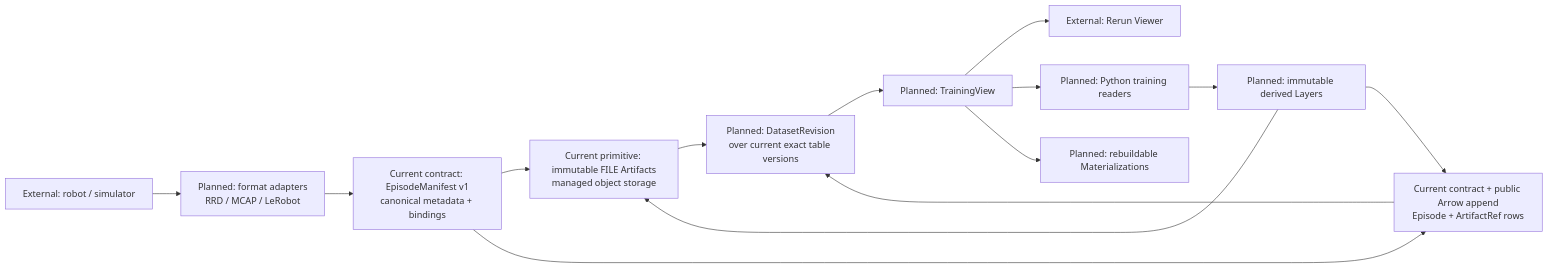
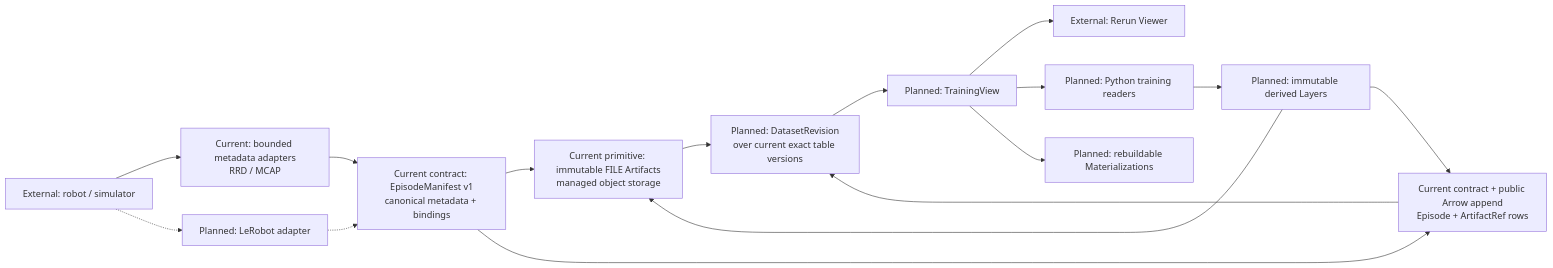
The second of 3 diagrams in docs/architecture.md (rararulab/lake), drawn with Mermaid before and after one commit. The commit also changed other lines of this file and 8 other files, not shown here.

Commit message:
test(adapters): prove dual-format manifest seam (#323)

````diff
--- a/docs/architecture.md
+++ b/docs/architecture.md
@@ -72,16 +75,18 @@
 ```mermaid
 flowchart LR
-    source["External: robot / simulator"] --> adapters["Planned: format adapters\nRRD / MCAP / LeRobot"]
+    source["External: robot / simulator"] --> adapters["Current: bounded metadata adapters\nRRD / MCAP"]
+    source -.-> future_adapter["Planned: LeRobot adapter"]
     adapters --> manifest["Current contract: EpisodeManifest v1\ncanonical metadata + bindings"]
+    future_adapter -.-> manifest
     manifest --> objects["Current primitive: immutable FILE Artifacts\nmanaged object storage"]
     manifest --> episodes["Current contract + public Arrow append\nEpisode + ArtifactRef rows"]
     objects --> revision["Planned: DatasetRevision\nover current exact table versions"]
     episodes --> revision
     revision --> view["Planned: TrainingView"]
     view --> rerun["External: Rerun Viewer"]
     view --> training["Planned: Python training readers"]
     view --> materialized["Planned: rebuildable Materializations"]
     training --> layers["Planned: immutable derived Layers"]
     layers --> objects
     layers --> episodes
 ```
````
